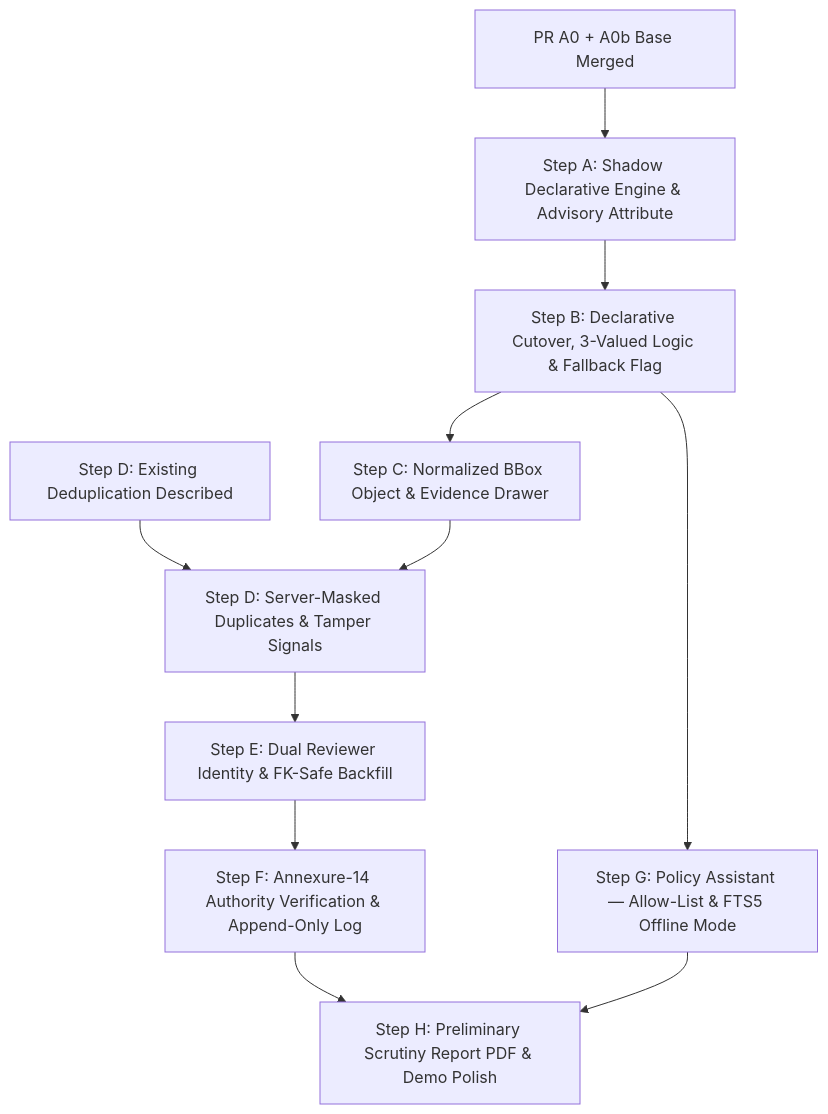
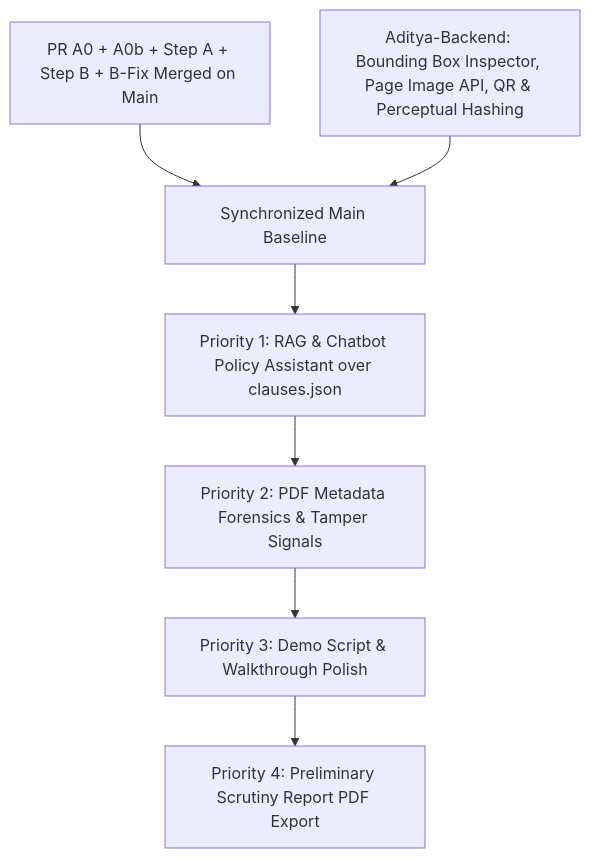
One commit to samvesh-cs/pramaan changed the diagram in docs/CONSOLIDATED_IMPLEMENTATION_PLAN.md. Above: the diagram before and after it, drawn with Mermaid. The commit also changed other lines of this file, not shown here.

Commit message:
docs: update implementation plan to sync with aditya-backend, remove bounding box task, and prioritize RAG policy chatbot

````diff
--- a/docs/CONSOLIDATED_IMPLEMENTATION_PLAN.md
+++ b/docs/CONSOLIDATED_IMPLEMENTATION_PLAN.md
@@ -59,12 +71,13 @@
 ```mermaid
 graph TD
-    A0[PR A0 + A0b Base Merged] --> StepA[Step A: Shadow Declarative Engine & Advisory Attribute]
-    StepA --> StepB[Step B: Declarative Cutover, 3-Valued Logic & Fallback Flag]
-    StepB --> StepC[Step C: Normalized BBox Object & Evidence Drawer]
-    StepD_Pre[Step D: Existing Deduplication Described] --> StepD[Step D: Server-Masked Duplicates & Tamper Signals]
-    StepC --> StepD
-    StepD --> StepE[Step E: Dual Reviewer Identity & FK-Safe Backfill]
-    StepE --> StepF[Step F: Annexure-14 Authority Verification & Append-Only Log]
-    StepB --> StepG[Step G: Policy Assistant — Allow-List & FTS5 Offline Mode]
-    StepF & StepG --> StepH[Step H: Preliminary Scrutiny Report PDF & Demo Polish]
+    MainBaselines[PR A0 + A0b + Step A + Step B + B-Fix Merged on Main]
+    AdityaFeatures[Aditya-Backend: Bounding Box Inspector, Page Image API, QR & Perceptual Hashing]
+    
+    MainBaselines --> Integration[Synchronized Main Baseline]
+    AdityaFeatures --> Integration
+    
+    Integration --> Priority1[Priority 1: RAG & Chatbot Policy Assistant over clauses.json]
+    Priority1 --> Priority2[Priority 2: PDF Metadata Forensics & Tamper Signals]
+    Priority2 --> Priority3[Priority 3: Demo Script & Walkthrough Polish]
+    Priority3 --> Priority4[Priority 4: Preliminary Scrutiny Report PDF Export]
 ```
````
